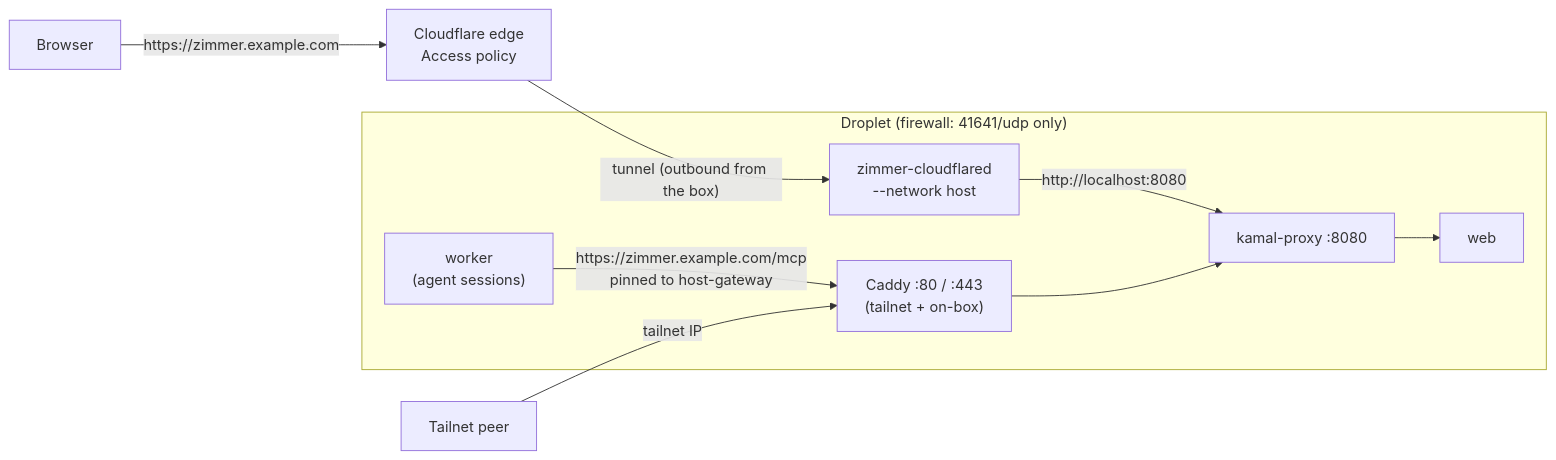
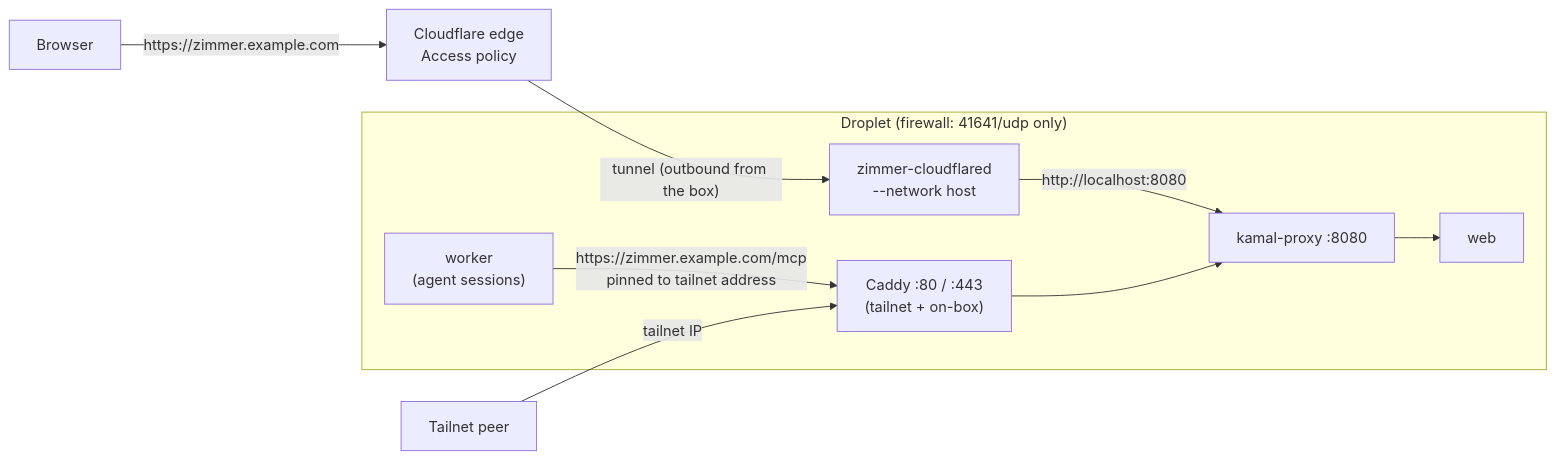
One commit to tadasant/zimmer changed the third of 4 diagrams in docs/src/content/docs/operate/deploying.md. Above: the diagram before and after it, drawn with Mermaid. The commit also changed other lines of this file and 4 other files, not shown here.

````diff
--- a/docs/src/content/docs/operate/deploying.md
+++ b/docs/src/content/docs/operate/deploying.md
@@ -129,17 +129,17 @@
 ```mermaid
 flowchart LR
     B["Browser"] -->|"https://zimmer.example.com"| EDGE["Cloudflare edge<br/>Access policy"]
     EDGE -->|"tunnel (outbound from the box)"| CFD
     subgraph droplet["Droplet (firewall: 41641/udp only)"]
         CFD["zimmer-cloudflared<br/>--network host"]
         KP["kamal-proxy :8080"]
         CADDY["Caddy :80 / :443<br/>(tailnet + on-box)"]
         WEB["web"]
         WRK["worker<br/>(agent sessions)"]
         CFD -->|"http://localhost:8080"| KP
         CADDY --> KP
         KP --> WEB
-        WRK -->|"https://zimmer.example.com/mcp<br/>pinned to host-gateway"| CADDY
+        WRK -->|"https://zimmer.example.com/mcp<br/>pinned to tailnet address"| CADDY
     end
     T["Tailnet peer"] -->|"tailnet IP"| CADDY
 ```
````
